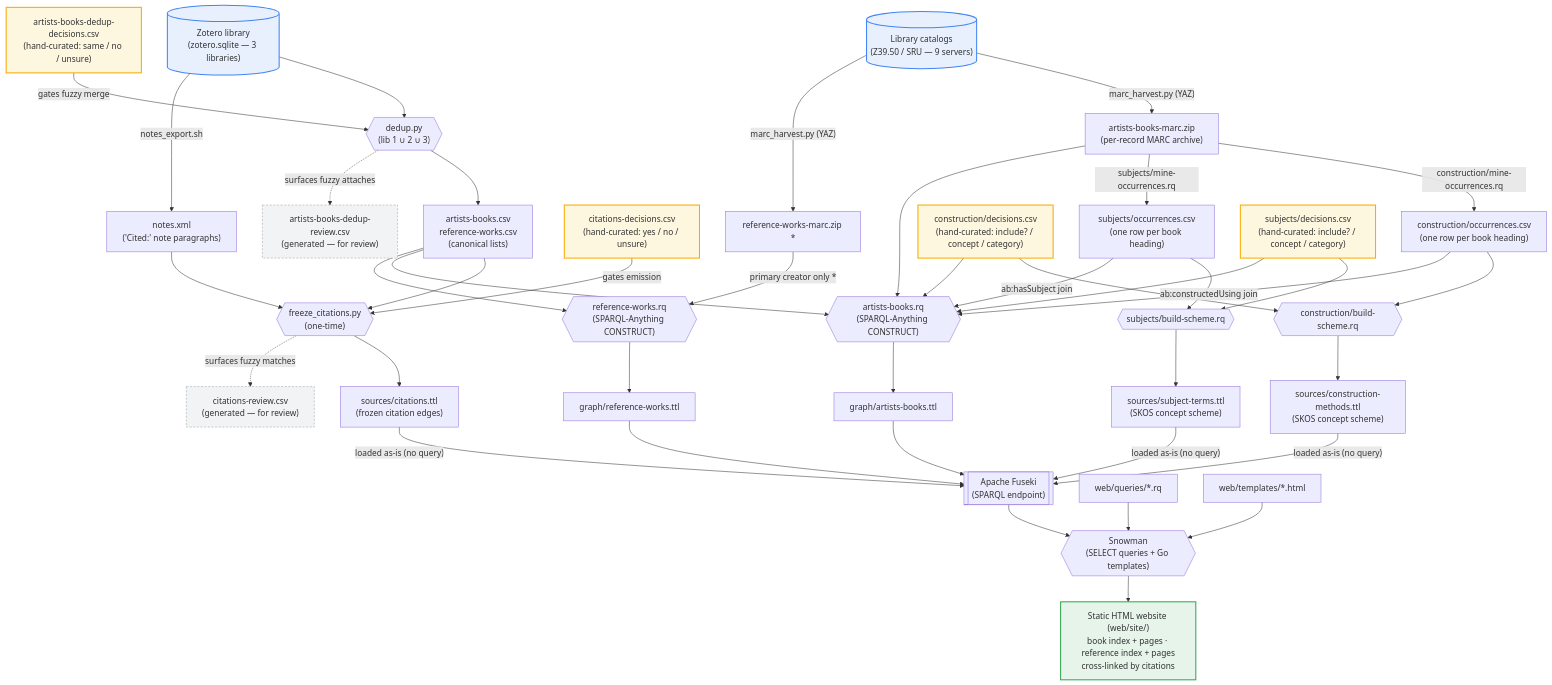
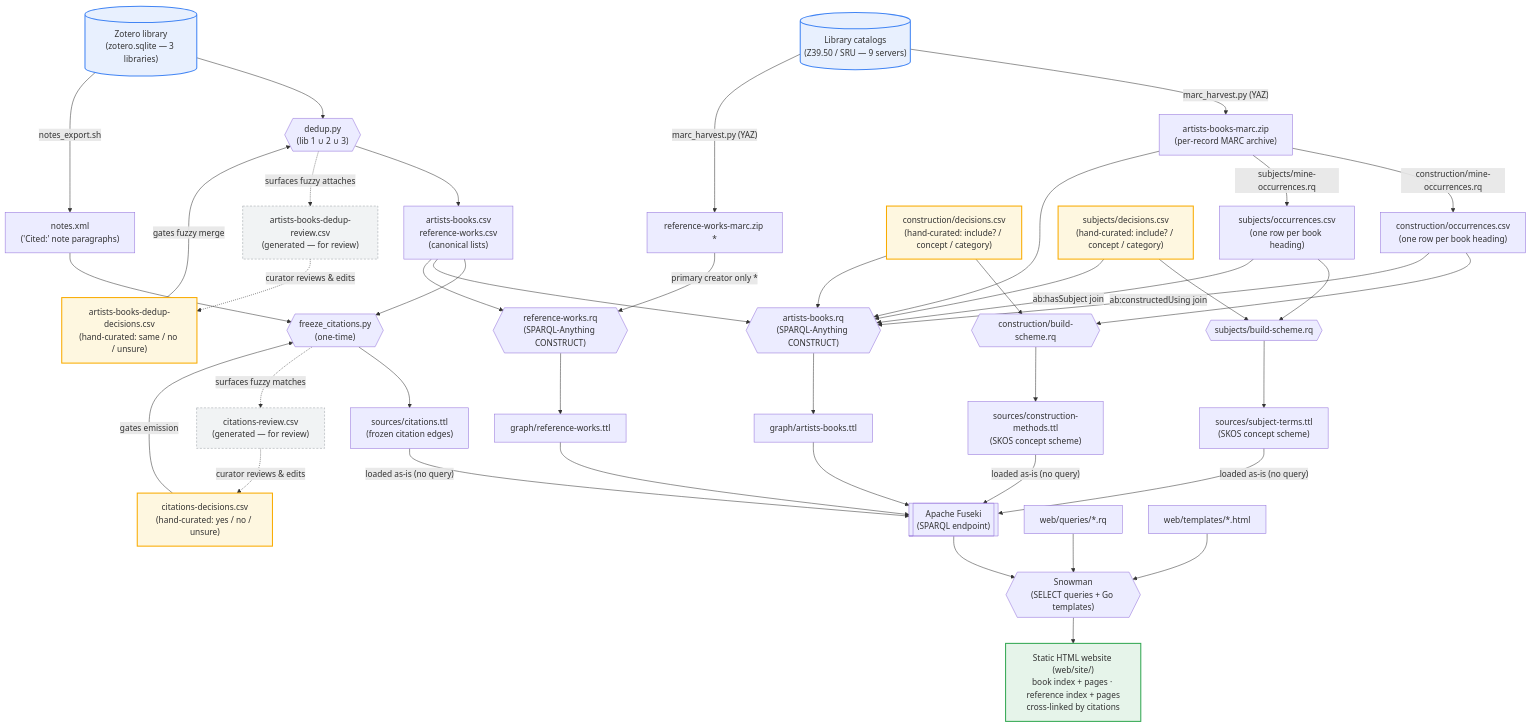
The diagram in docs/PIPELINE.md (dkglab/artists-books), drawn with Mermaid before and after one commit. The commit also changed other lines of this file, not shown here.

First line of the commit message:
docs: close the human-review loop in the pipeline diagram

````diff
--- a/docs/PIPELINE.md
+++ b/docs/PIPELINE.md
@@ -9,71 +9,73 @@
 ```mermaid
 flowchart TD
     %% ---- Inputs ----
     zotero[("Zotero library<br/>(zotero.sqlite — 3 libraries)")]
     catalogs[("Library catalogs<br/>(Z39.50 / SRU — 9 servers)")]
 
     %% ---- Stage 1: source extraction + one-time Phase-0 freeze (issue #82) ----
     zotero --> dedup{{"dedup.py<br/>(lib 1 ∪ 2 ∪ 3)"}}
     abddec["artists-books-dedup-decisions.csv<br/>(hand-curated: same / no / unsure)"] -->|"gates fuzzy merge"| dedup
     dedup --> csvs["artists-books.csv<br/>reference-works.csv<br/>(canonical lists)"]
     dedup -.->|"surfaces fuzzy attaches"| abdrev["artists-books-dedup-review.csv<br/>(generated — for review)"]
+    abdrev -.->|"curator reviews & edits"| abddec
 
     zotero -->|"notes_export.sh"| notes["notes.xml<br/>('Cited:' note paragraphs)"]
     notes --> freeze{{"freeze_citations.py<br/>(one-time)"}}
     csvs --> freeze
     citdec["citations-decisions.csv<br/>(hand-curated: yes / no / unsure)"] -->|"gates emission"| freeze
     freeze --> citttl["sources/citations.ttl<br/>(frozen citation edges)"]
     freeze -.->|"surfaces fuzzy matches"| citrev["citations-review.csv<br/>(generated — for review)"]
+    citrev -.->|"curator reviews & edits"| citdec
 
     catalogs -->|"marc_harvest.py (YAZ)"| marc["artists-books-marc.zip<br/>(per-record MARC archive)"]
     catalogs -->|"marc_harvest.py (YAZ)"| refmarc["reference-works-marc.zip *"]
 
     %% ---- Construction-methods SKOS vocabulary (mined from the book MARC) ----
     marc -->|"construction/mine-occurrences.rq"| cocc["construction/occurrences.csv<br/>(one row per book heading)"]
     cocc --> cbuild{{"construction/build-scheme.rq"}}
     cdec["construction/decisions.csv<br/>(hand-curated: include? / concept / category)"] --> cbuild
     cbuild --> cmttl["sources/construction-methods.ttl<br/>(SKOS concept scheme)"]
 
     %% ---- Subject-terms SKOS vocabulary (mined from the book MARC) ----
     marc -->|"subjects/mine-occurrences.rq"| socc["subjects/occurrences.csv<br/>(one row per book heading)"]
     socc --> sbuild{{"subjects/build-scheme.rq"}}
     sdec["subjects/decisions.csv<br/>(hand-curated: include? / concept / category)"] --> sbuild
     sbuild --> smttl["sources/subject-terms.ttl<br/>(SKOS concept scheme)"]
 
     %% ---- Stage 2: CONSTRUCT queries (SPARQL-Anything) ----
     csvs --> abrq{{"artists-books.rq<br/>(SPARQL-Anything CONSTRUCT)"}}
     marc --> abrq
     cocc -->|"ab:constructedUsing join"| abrq
     cdec --> abrq
     socc -->|"ab:hasSubject join"| abrq
     sdec --> abrq
     csvs --> refrq{{"reference-works.rq<br/>(SPARQL-Anything CONSTRUCT)"}}
     refmarc -->|"primary creator only *"| refrq
 
     abrq --> abttl["graph/artists-books.ttl"]
     refrq --> refttl["graph/reference-works.ttl"]
 
     %% ---- Stage 3: graph store ----
     abttl --> fuseki[["Apache Fuseki<br/>(SPARQL endpoint)"]]
     refttl --> fuseki
     citttl -->|"loaded as-is (no query)"| fuseki
     cmttl -->|"loaded as-is (no query)"| fuseki
     smttl -->|"loaded as-is (no query)"| fuseki
 
     %% ---- Stage 4: site generation ----
     fuseki --> snowman{{"Snowman<br/>(SELECT queries + Go templates)"}}
     selects["web/queries/*.rq"] --> snowman
     templates["web/templates/*.html"] --> snowman
 
     %% ---- Output ----
     snowman --> site["Static HTML website (web/site/)<br/>book index + pages · reference index + pages<br/>cross-linked by citations"]
 
     classDef input fill:#e8f0fe,stroke:#4285f4,stroke-width:2px;
     classDef output fill:#e6f4ea,stroke:#34a853,stroke-width:2px;
     classDef curation fill:#fef7e0,stroke:#f9ab00,stroke-width:2px;
     classDef review fill:#f1f3f4,stroke:#9aa0a6,stroke-width:1px,stroke-dasharray:4 3;
     class zotero,catalogs input;
     class abddec,citdec,cdec,sdec curation;
     class abdrev,citrev review;
     class site output;
 ```
````
